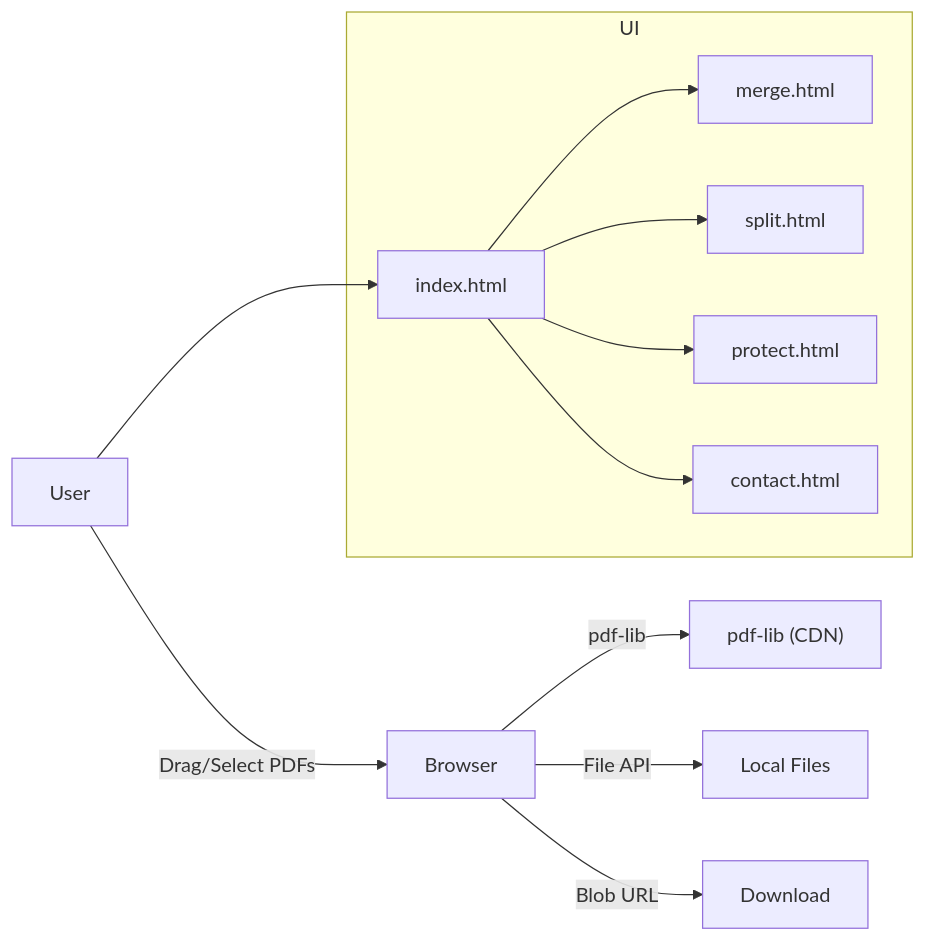
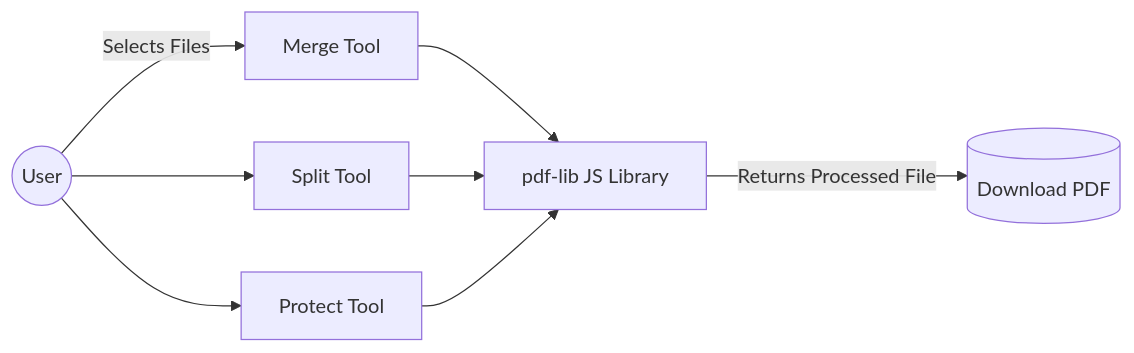
Before and after one commit to khushalsehrawat/swiftpdf: the third of 7 diagrams in README.md, drawn with Mermaid. The commit also changed other lines of this file, not shown here.

````diff
--- a/README.md
+++ b/README.md
@@ -88,19 +54,8 @@
 ```mermaid
 flowchart LR
-  U[User] -->|Drag/Select PDFs| B[Browser]
-  B -- "pdf-lib" --> L["pdf-lib (CDN)"]
-  B -->|File API| F[Local Files]
-  B -->|Blob URL| D[Download]
-  subgraph UI
-    I[index.html]
-    M[merge.html]
-    S[split.html]
-    P[protect.html]
-    C[contact.html]
-  end
-  U --> I
-  I --> M
-  I --> S
-  I --> P
-  I --> C
+  U((User)) -->|Selects Files| M[Merge Tool]
+  U --> S[Split Tool]
+  U --> P[Protect Tool]
+  M & S & P --> L[pdf-lib JS Library]
+  L -->|Returns Processed File| D[(Download PDF)]
 ```
````
